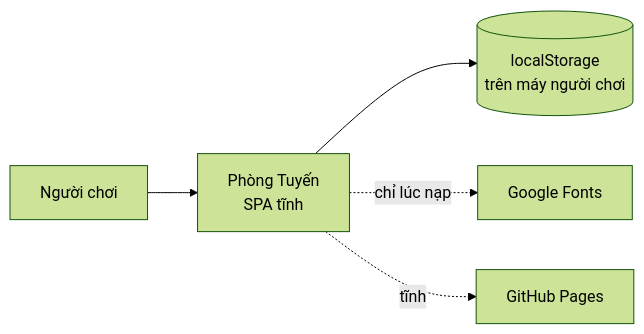
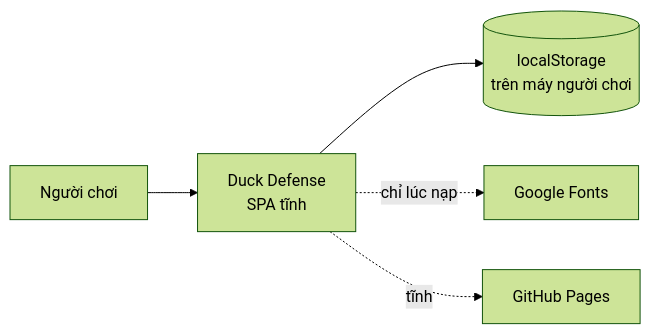
One commit to LeVanAnhDuc/web-game-duck-defense changed the first of 2 diagrams in docs/03-design/architecture.md. Above: the diagram before and after it, drawn with Mermaid (forest theme). The commit also changed other lines of this file and 16 other files, not shown here.

````diff
--- a/docs/03-design/architecture.md
+++ b/docs/03-design/architecture.md
@@ -24,7 +24,7 @@
 ```mermaid
 graph LR
-  Player[Người chơi] --> App[Phòng Tuyến<br/>SPA tĩnh]
+  Player[Người chơi] --> App[Duck Defense<br/>SPA tĩnh]
   App --> LS[(localStorage<br/>trên máy người chơi)]
   App -.chỉ lúc nạp.-> GF[Google Fonts]
   App -.tĩnh.-> Pages[GitHub Pages]
 ```
````
